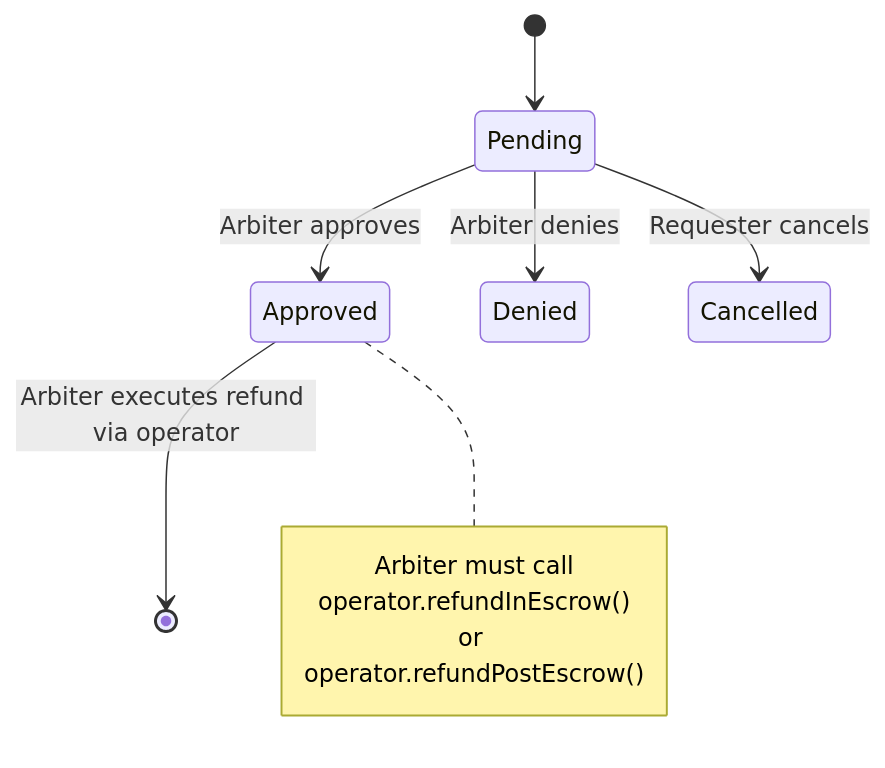
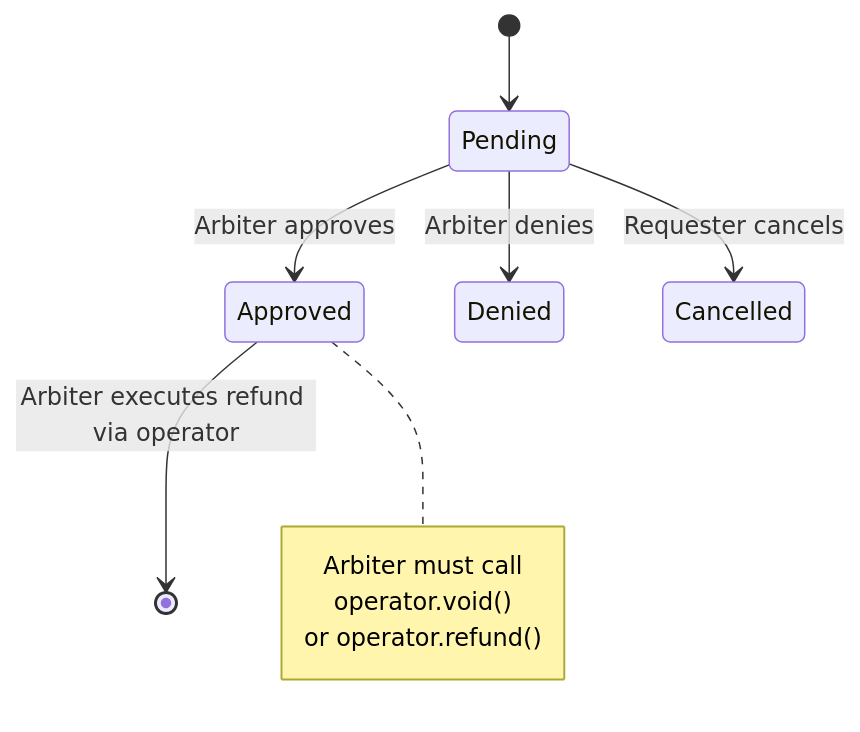
One commit to BackTrackCo/docs changed the diagram in contracts/periphery/refund-request.mdx. Above: the diagram before and after it, drawn with Mermaid. The commit also changed other lines of this file and 31 other files, not shown here.

````diff
--- a/contracts/periphery/refund-request.mdx
+++ b/contracts/periphery/refund-request.mdx
@@ -49,14 +49,14 @@
 ```mermaid
 stateDiagram-v2
     [*] --> Pending
     Pending --> Approved: Arbiter approves
     Pending --> Denied: Arbiter denies
     Pending --> Cancelled: Requester cancels
     Approved --> [*]: Arbiter executes refund via operator
 
     note right of Approved
         Arbiter must call
-        operator.refundInEscrow()
-        or operator.refundPostEscrow()
+        operator.void()
+        or operator.refund()
     end note
 ```
````
